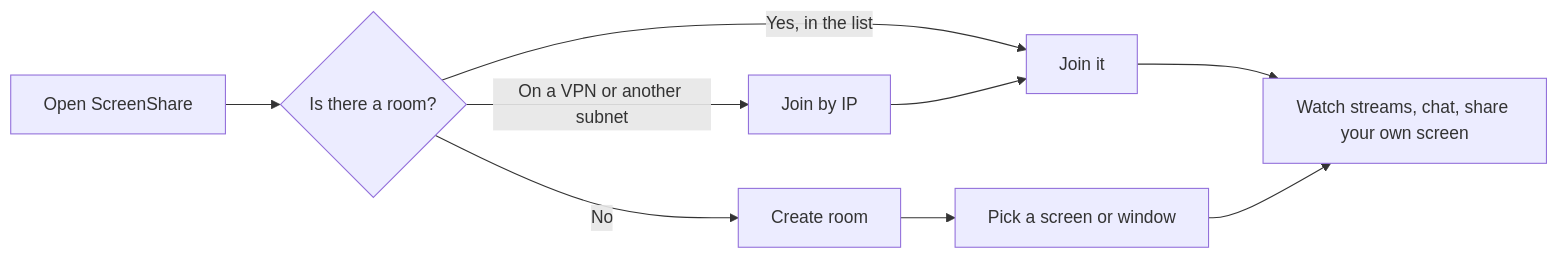
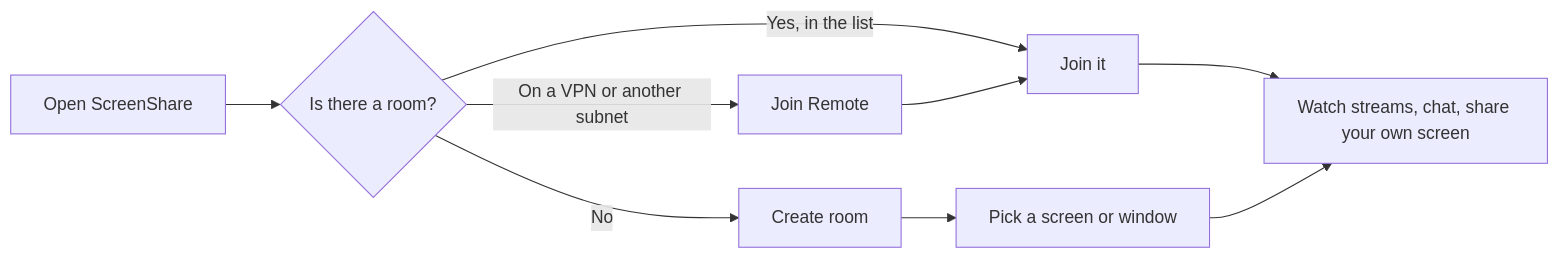
One commit to nsfxu/lan-screenshare changed the diagram in docs/en-US/user-guide.md. Above: the diagram before and after it, drawn with Mermaid. The commit also changed other lines of this file and 44 other files, not shown here.

````diff
--- a/docs/en-US/user-guide.md
+++ b/docs/en-US/user-guide.md
@@ -29,9 +29,9 @@
 ```mermaid
 flowchart LR
   A["Open ScreenShare"] --> B{"Is there a room?"}
   B -->|"Yes, in the list"| C["Join it"]
-  B -->|"On a VPN or another subnet"| D["Join by IP"] --> C
+  B -->|"On a VPN or another subnet"| D["Join Remote"] --> C
   B -->|"No"| E["Create room"] --> F["Pick a screen or window"]
   C --> G["Watch streams, chat, share your own screen"]
   F --> G
 ```
````
